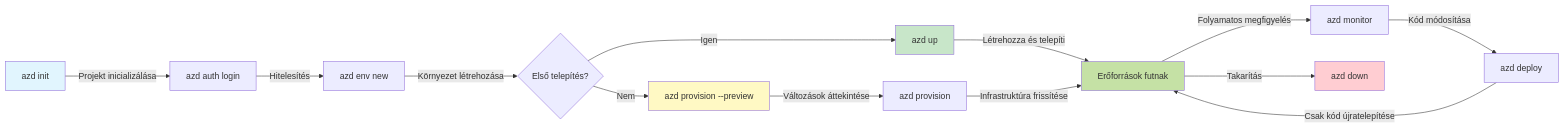
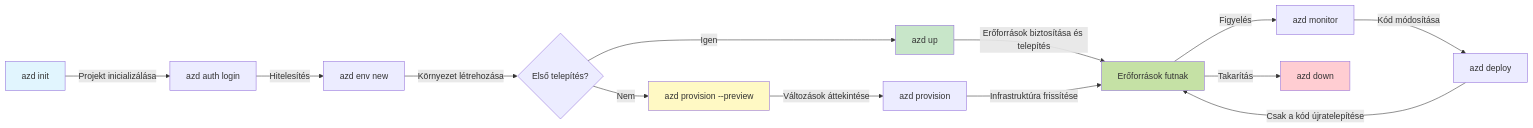
Before and after one commit to microsoft/AZD-for-beginners: the first of 2 diagrams in translations/hu/docs/chapter-01-foundation/azd-basics.md, drawn with Mermaid. The commit also changed other lines of this file and 101 other files, not shown here.

````diff
--- a/translations/hu/docs/chapter-01-foundation/azd-basics.md
+++ b/translations/hu/docs/chapter-01-foundation/azd-basics.md
@@ -269,21 +269,21 @@
 ```mermaid
 graph LR
     A[azd init] -->|Projekt inicializálása| B[azd auth login]
     B -->|Hitelesítés| C[azd env new]
     C -->|Környezet létrehozása| D{Első telepítés?}
     D -->|Igen| E[azd up]
     D -->|Nem| F[azd provision --preview]
     F -->|Változások áttekintése| G[azd provision]
-    E -->|Létrehozza és telepíti| H[Erőforrások futnak]
+    E -->|Erőforrások biztosítása és telepítés| H[Erőforrások futnak]
     G -->|Infrastruktúra frissítése| H
-    H -->|Folyamatos megfigyelés| I[azd monitor]
+    H -->|Figyelés| I[azd monitor]
     I -->|Kód módosítása| J[azd deploy]
-    J -->|Csak kód újratelepítése| H
+    J -->|Csak a kód újratelepítése| H
     H -->|Takarítás| K[azd down]
     
     style A fill:#e1f5fe
     style E fill:#c8e6c9
     style F fill:#fff9c4
     style H fill:#c5e1a5
     style K fill:#ffcdd2
 ```
````
